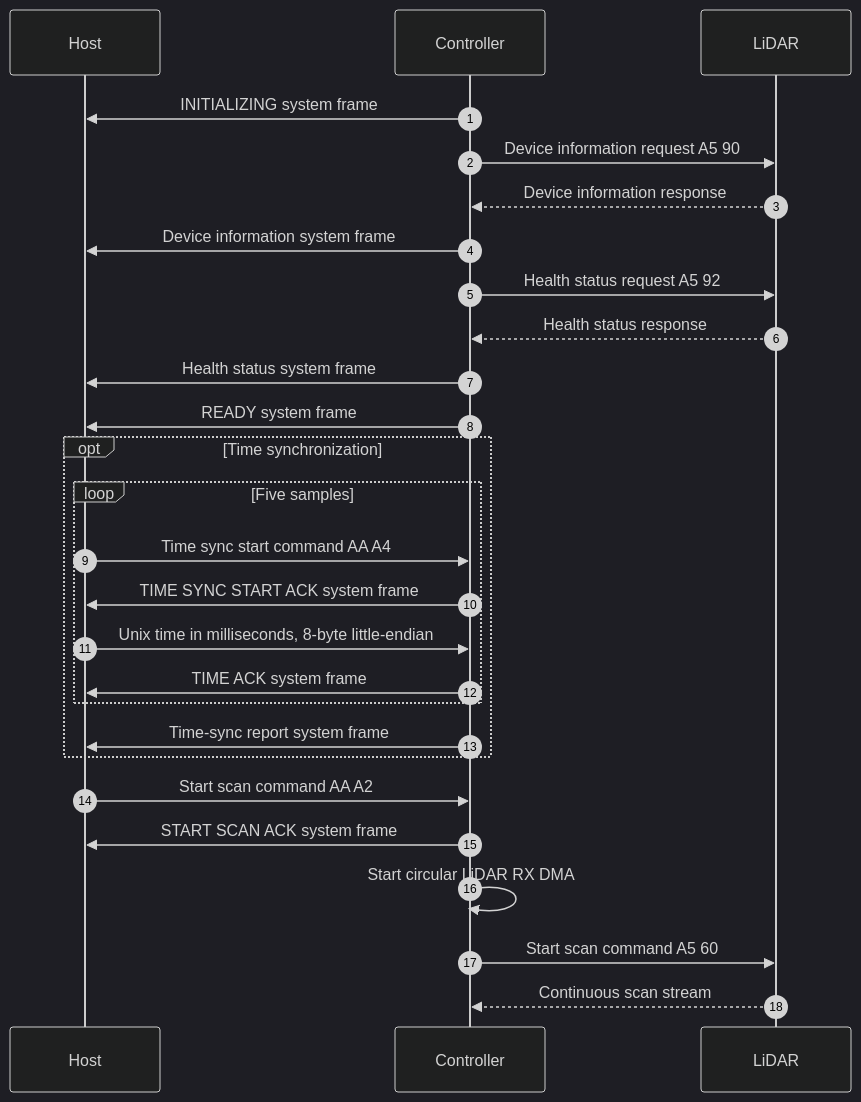
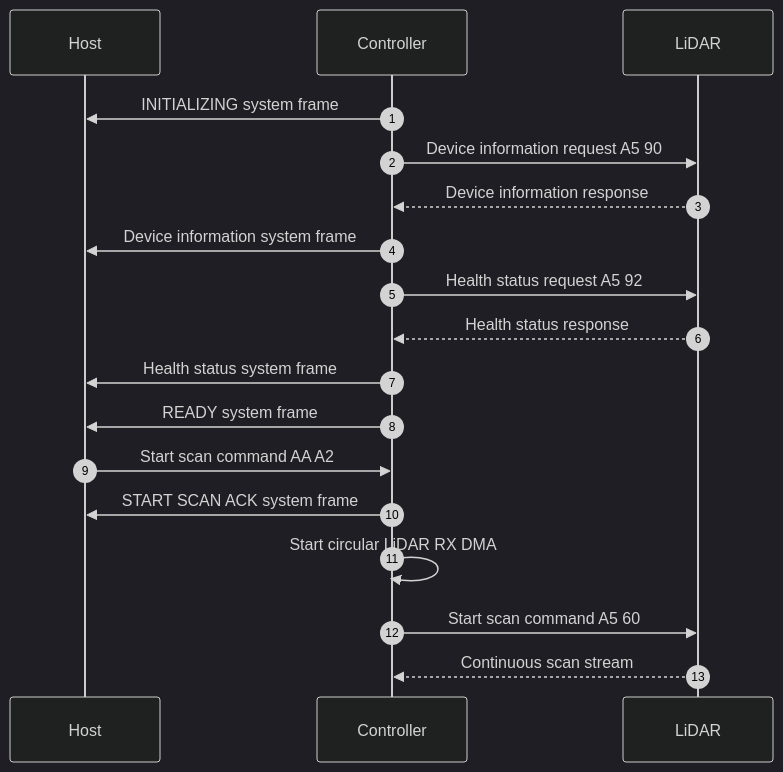
Before and after one commit to kei185/sensor-echo: the first of 4 diagrams in docs/frame.md, drawn with Mermaid (dark theme). The commit also changed other lines of this file and 1 other file, not shown here.

Commit message:
[codex] docs: clarify time sync exchange

````diff
--- a/docs/frame.md
+++ b/docs/frame.md
@@ -6,30 +6,21 @@
 ```mermaid
 sequenceDiagram
     autonumber
     participant Host
     participant Controller
     participant LiDAR
 
     Controller->>Host: INITIALIZING system frame
     Controller->>LiDAR: Device information request A5 90
     LiDAR-->>Controller: Device information response
     Controller->>Host: Device information system frame
     Controller->>LiDAR: Health status request A5 92
     LiDAR-->>Controller: Health status response
     Controller->>Host: Health status system frame
     Controller->>Host: READY system frame
-    opt Time synchronization
-        loop Five samples
-            Host->>Controller: Time sync start command AA A4
-            Controller->>Host: TIME SYNC START ACK system frame
-            Host->>Controller: Unix time in milliseconds, 8-byte little-endian
-            Controller->>Host: TIME ACK system frame
-        end
-        Controller->>Host: Time-sync report system frame
-    end
     Host->>Controller: Start scan command AA A2
     Controller->>Host: START SCAN ACK system frame
     Controller->>Controller: Start circular LiDAR RX DMA
     Controller->>LiDAR: Start scan command A5 60
     LiDAR-->>Controller: Continuous scan stream
 ```
````
